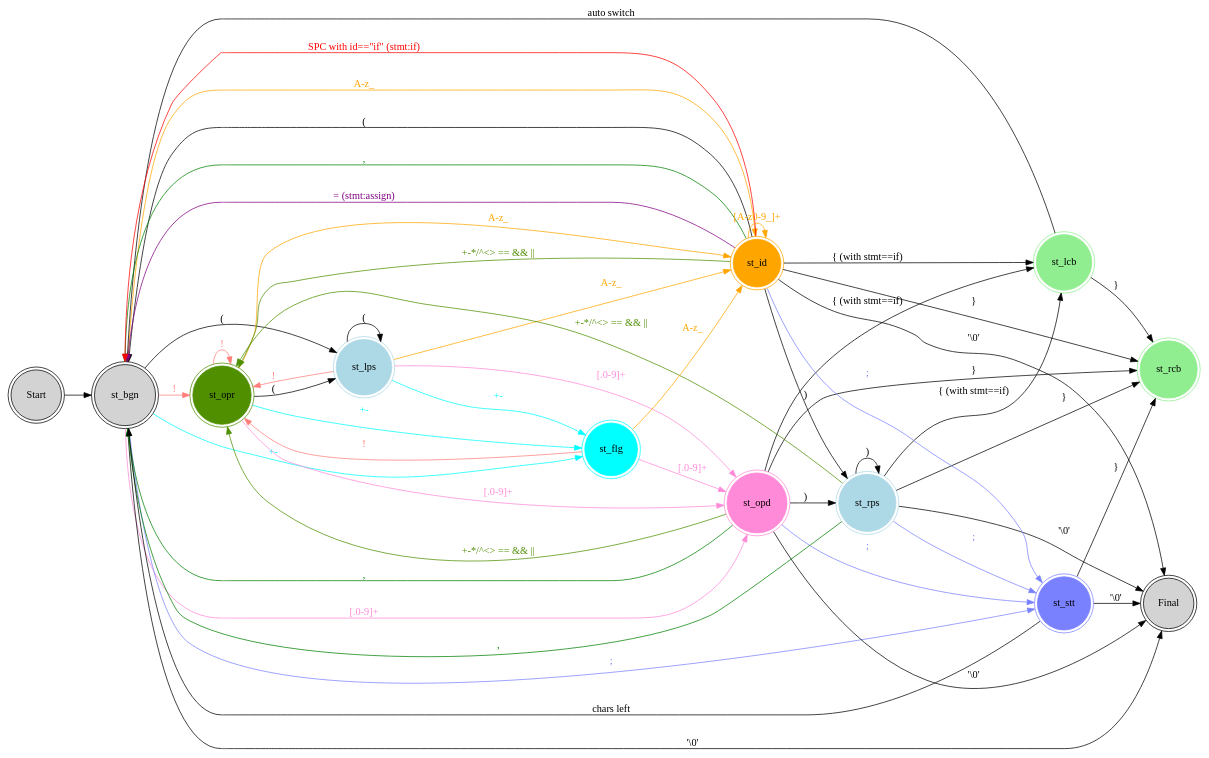
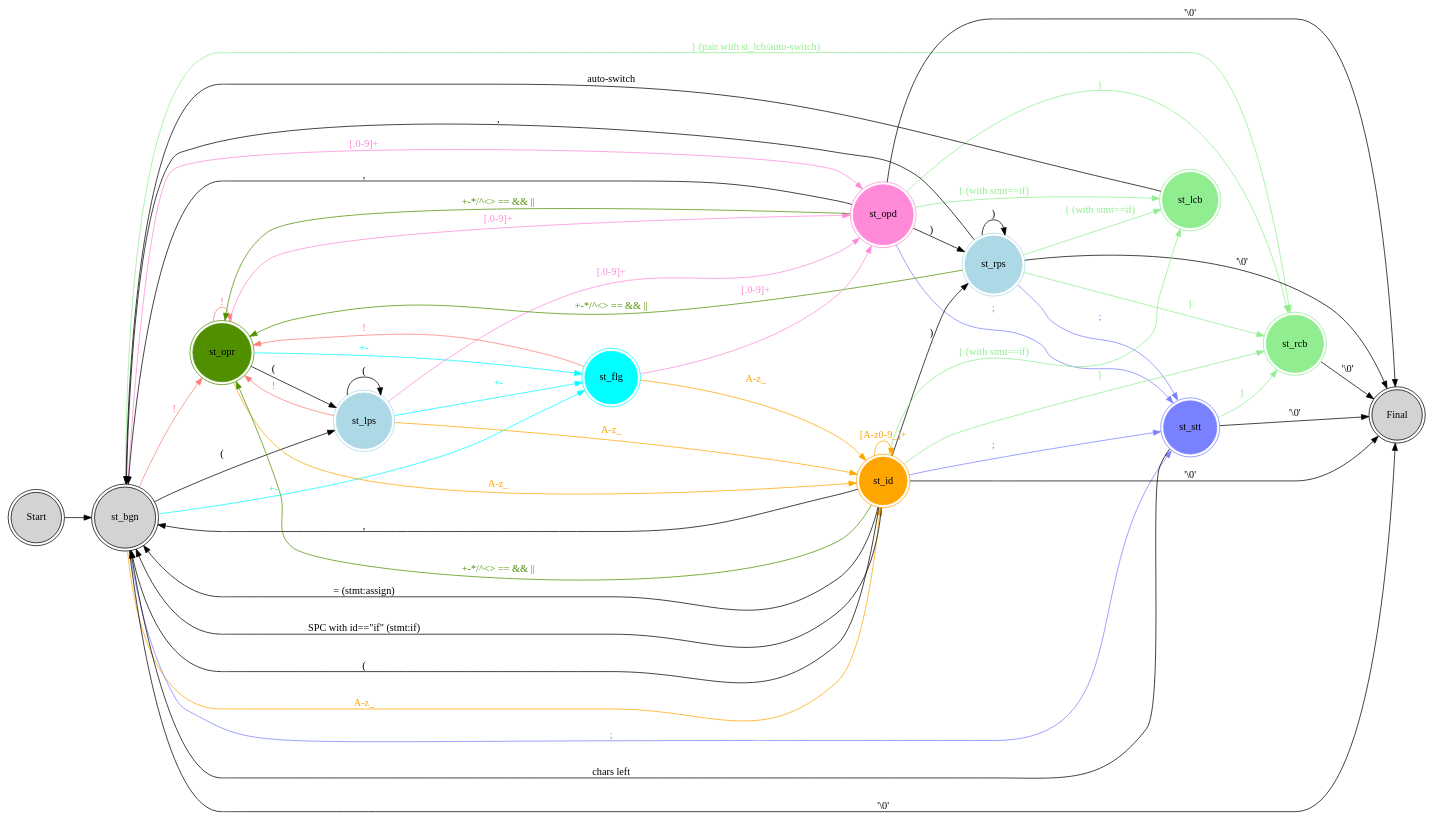
One commit to jacoolee/calc changed the diagram in state_transition.dot. Above: the diagram before and after it, drawn with Graphviz. The commit also changed 3 other files, not shown here.

```diff
--- a/state_transition.dot
+++ b/state_transition.dot
@@ -1,78 +1,80 @@
 digraph G {
     rankdir=LR;
     {
         st_start [shape=circle,peripheries=2,style=filled, label="Start"]
         st_bgn [shape=circle,peripheries=2,style=filled,label="st_bgn"]
         st_opr [shape=circle,peripheries=2,color="#4f8f00",style=filled,label="st_opr"]
         st_opd [shape=circle,peripheries=2,color="#ff8ad8",style=filled,label="st_opd"]
         st_lps [shape=circle,peripheries=2,color="lightblue",style=filled,label="st_lps"]
         st_rps [shape=circle,peripheries=2,color="lightblue",style=filled,label="st_rps"]
         st_lcb [shape=circle,peripheries=2,color="lightgreen",style=filled,label="st_lcb"]
         st_rcb [shape=circle,peripheries=2,color="lightgreen",style=filled,label="st_rcb"]
         st_flg [shape=circle,peripheries=2,color="cyan",style=filled,label="st_flg"]
         st_id  [shape=circle,peripheries=2,color="orange",style=filled,label="st_id"]
         st_stt [shape=circle,peripheries=2,color="#7a81ff",style=filled,label="st_stt"] // statement terminal
         st_fin [shape=circle,peripheries=2,style=filled,label="Final"]
 
         st_start -> st_bgn;
 
         st_bgn -> st_opd[label="[.0-9]+", color="#ff8ad8", fontcolor="#ff8ad8"];
         st_bgn -> st_lps[label="("];
         st_bgn -> st_flg[label="+-",color="cyan",fontcolor="cyan"];
         st_bgn -> st_id[label="A-z_", color="orange", fontcolor="orange"];
         st_bgn -> st_opr[label="!",color="#ff7e79",fontcolor="#ff7e79"];
+        st_bgn -> st_rcb[label="} (pair with st_lcb/auto-switch)",color="lightgreen",fontcolor="lightgreen"];
         st_bgn -> st_stt[label=";",color="#7a81ff",fontcolor="#7a81ff"];
         st_bgn -> st_fin[label="'\\0'"];
 
         st_opd -> st_opr[label="+-*/^<> == && ||", color="#4f8f00", fontcolor="#4f8f00"];
         st_opd -> st_rps[label=")"];
-        st_opd -> st_bgn[label=",", color="green", fontcolor="green"];
-        st_opd -> st_lcb[label="{ (with stmt==if)"];
-        st_opd -> st_rcb[label="}"];
+        st_opd -> st_bgn[label=","];
+        st_opd -> st_lcb[label="{ (with stmt==if)",color="lightgreen",fontcolor="lightgreen"];
+        st_opd -> st_rcb[label="}",color="lightgreen",fontcolor="lightgreen"];
         st_opd -> st_stt[label=";",color="#7a81ff",fontcolor="#7a81ff"];
         st_opd -> st_fin[label="'\\0'"];
 
         st_opr -> st_opd[label="[.0-9]+", color="#ff8ad8", fontcolor="#ff8ad8"];
         st_opr -> st_lps[label="("];
         st_opr -> st_flg[label="+-",color="cyan",fontcolor="cyan"];
         st_opr -> st_id[label="A-z_", color="orange", fontcolor="orange"];
         st_opr -> st_opr[label="!",color="#ff7e79",fontcolor="#ff7e79"];
 
         st_lps -> st_opd[label="[.0-9]+", color="#ff8ad8", fontcolor="#ff8ad8"];
         st_lps -> st_lps[label="("];
         st_lps -> st_flg[label="+-",color="cyan",fontcolor="cyan"];
         st_lps -> st_id[label="A-z_", color="orange", fontcolor="orange"];
         st_lps -> st_opr[label="!",color="#ff7e79",fontcolor="#ff7e79"];
 
         st_rps -> st_opr[label="+-*/^<> == && ||", color="#4f8f00", fontcolor="#4f8f00"];
         st_rps -> st_rps[label=")"];
-        st_rps -> st_bgn[label=",", color="green", fontcolor="green"];
-        st_rps -> st_lcb[label="{ (with stmt==if)"];
-        st_rps -> st_rcb[label="}"];
+        st_rps -> st_bgn[label=","];
+        st_rps -> st_lcb[label="{ (with stmt==if)",color="lightgreen",fontcolor="lightgreen"];
+        st_rps -> st_rcb[label="}",color="lightgreen",fontcolor="lightgreen"];
         st_rps -> st_stt[label=";",color="#7a81ff",fontcolor="#7a81ff"];
         st_rps -> st_fin[label="'\\0'"];
 
         st_flg -> st_opd[label="[.0-9]+", color="#ff8ad8", fontcolor="#ff8ad8"];
         st_flg -> st_id[label="A-z_", color="orange", fontcolor="orange"];
         st_flg -> st_opr[label="!",color="#ff7e79",fontcolor="#ff7e79"];
 
         st_id -> st_id[label="[A-z0-9_]+", color="orange", fontcolor="orange"];
         st_id -> st_bgn[label="("];
         st_id -> st_opr[label="+-*/^<> == && ||", color="#4f8f00", fontcolor="#4f8f00"];
         st_id -> st_rps[label=")"];
-        st_id -> st_bgn[label=",", color="green", fontcolor="green"];
-        st_id -> st_bgn[label="= (stmt:assign)", color="purple", fontcolor="purple"];
-        st_id -> st_bgn[label="SPC with id==\"if\" (stmt:if)", color="red", fontcolor="red"];
-        st_id -> st_lcb[label="{ (with stmt==if)"];
-        st_id -> st_rcb[label="}"];
+        st_id -> st_bgn[label=","];
+        st_id -> st_bgn[label="= (stmt:assign)"];
+        st_id -> st_bgn[label="SPC with id==\"if\" (stmt:if)"];
+        st_id -> st_lcb[label="{ (with stmt==if)",color="lightgreen",fontcolor="lightgreen"];
+        st_id -> st_rcb[label="}",color="lightgreen",fontcolor="lightgreen"];
         st_id -> st_stt[label=";",color="#7a81ff",fontcolor="#7a81ff"];
         st_id -> st_fin[label="'\\0'"];
 
-        st_lcb -> st_bgn[label="auto switch"];
-        st_lcb -> st_rcb[label="}"];
+        st_lcb -> st_bgn[label="auto-switch"];
+
+        st_rcb -> st_fin[label="'\\0'"];
 
         st_stt -> st_bgn[label="chars left"];
-        st_stt -> st_rcb[label="}"];
+        st_stt -> st_rcb[label="}",color="lightgreen",fontcolor="lightgreen"];
         st_stt -> st_fin[label="'\\0'"];
     }
 }
```
